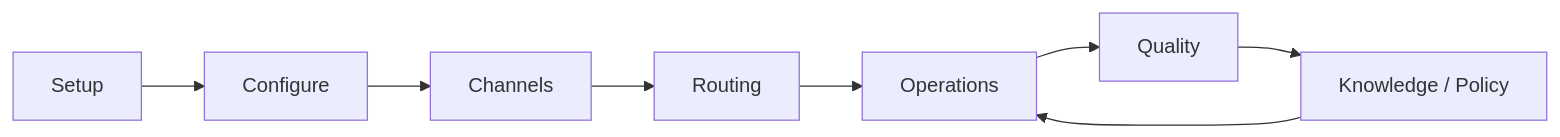
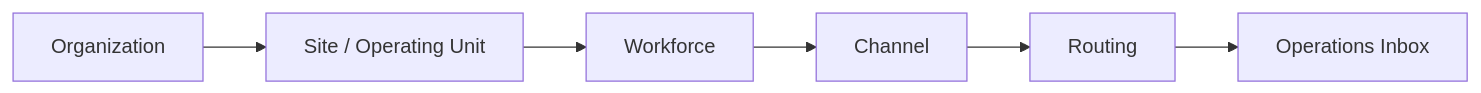
Before and after one commit to D-engahmed/OMILINKS: the second of 7 diagrams in docs/product/UX-flows.md, drawn with Mermaid. The commit also changed other lines of this file and 2 other files, not shown here.

````diff
--- a/docs/product/UX-flows.md
+++ b/docs/product/UX-flows.md
@@ -13,10 +26,8 @@
-```mermaid
+~~~mermaid
 flowchart LR
-SETUP[Setup] --> CONFIG[Configure]
-CONFIG --> CONNECT[Channels]
-CONNECT --> ROUTE[Routing]
-ROUTE --> OPERATE[Operations]
-OPERATE --> QUALITY[Quality]
-QUALITY --> IMPROVE[Knowledge / Policy]
-IMPROVE --> OPERATE
-```
+ORG[Organization] --> SITE[Site / Operating Unit]
+SITE --> WORK[Workforce]
+WORK --> CHANNEL[Channel]
+CHANNEL --> ROUTE[Routing]
+ROUTE --> INBOX[Operations Inbox]
+~~~
````
